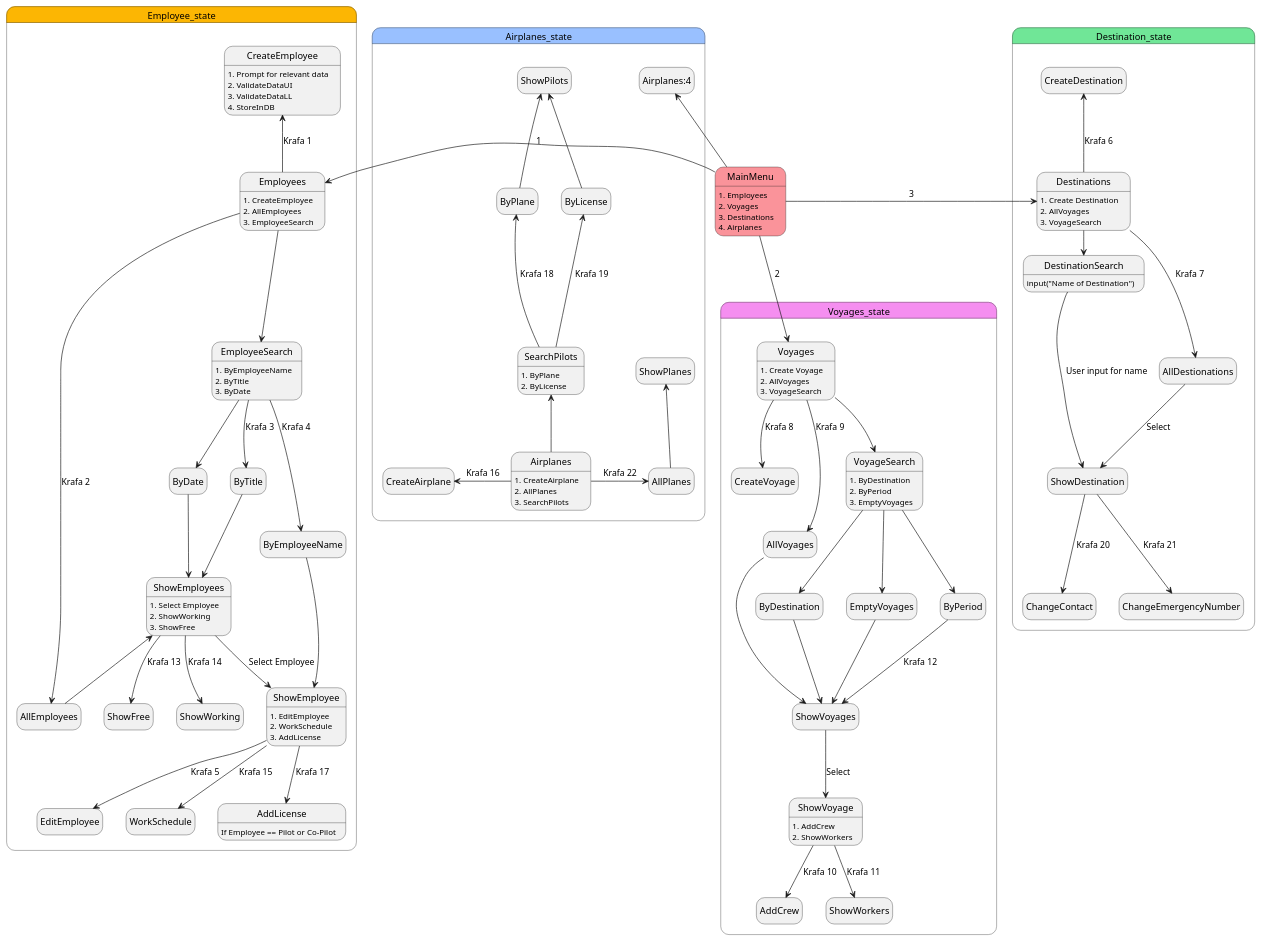
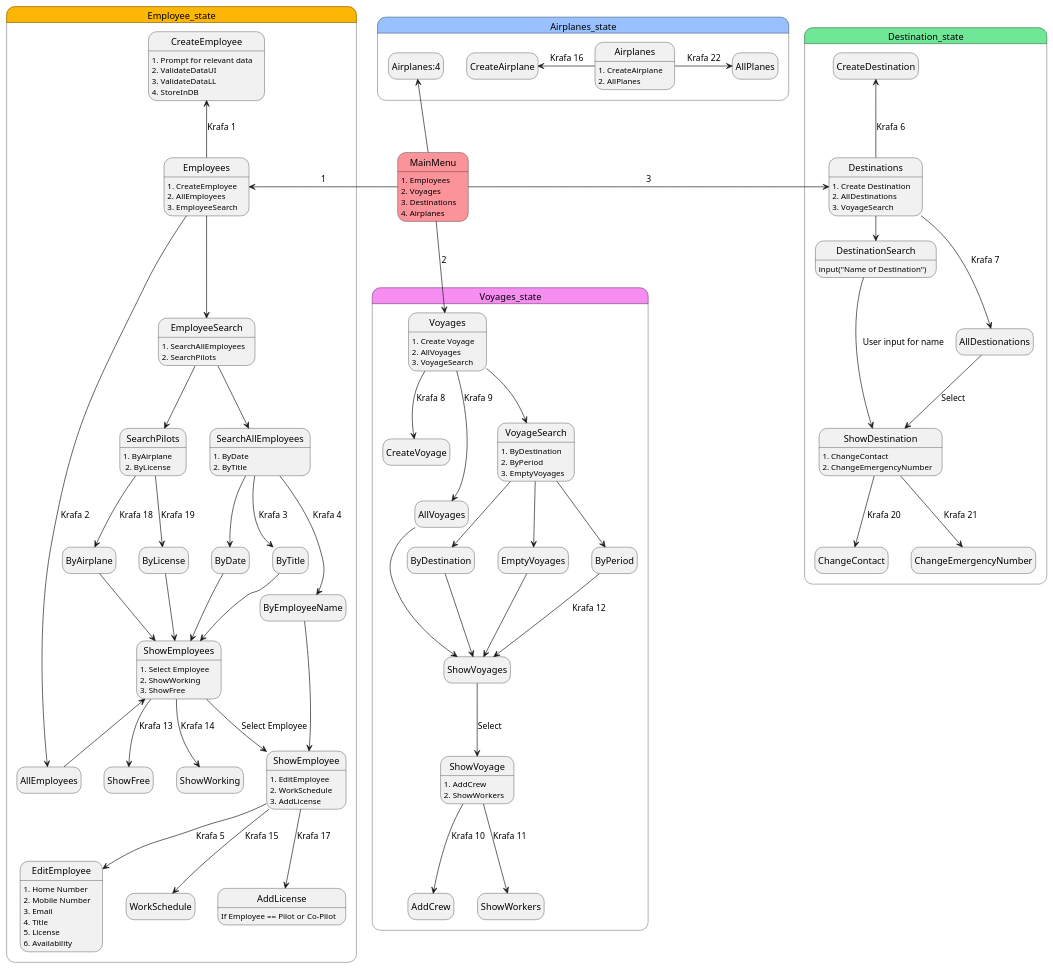
One commit to irmalexandra/vln1_chuck_nan changed the diagram in state_diagrams/UI_State_Diagram.puml. Above: the diagram before and after it, drawn with PlantUML.

Commit message:
"newstuff"

```diff
--- a/state_diagrams/UI_State_Diagram.puml
+++ b/state_diagrams/UI_State_Diagram.puml
@@ -1,86 +1,90 @@
 @startuml UI_states
 hide empty description
 MainMenu: 1. Employees \n2. Voyages \n3. Destinations \n4. Airplanes
 
 state Employee_state #fcb603{
 
     MainMenu #fa939a -Left-> Employees: 1
     Employees: 1. CreateEmployee \n2. AllEmployees \n3. EmployeeSearch
     Employees -up-> CreateEmployee: Krafa 1
     CreateEmployee: 1. Prompt for relevant data \n2. ValidateDataUI \n3. ValidateDataLL\n4. StoreInDB
     Employees -up-> AllEmployees: Krafa 2
     AllEmployees -up-> ShowEmployees
     Employees -down-> EmployeeSearch
-    EmployeeSearch: 1. ByEmployeeName\n2. ByTitle \n3. ByDate
-    EmployeeSearch --> ByTitle: Krafa 3
+    EmployeeSearch --> SearchPilots
+    SearchPilots: 1. ByAirplane\n 2. ByLicense
+    EmployeeSearch --> SearchAllEmployees
+    SearchAllEmployees: 1. ByDate\n2. ByTitle
+    EmployeeSearch: 1. SearchAllEmployees\n2. SearchPilots
+    SearchAllEmployees --> ByTitle: Krafa 3
     ByTitle --> ShowEmployees
     ShowEmployees: 1. Select Employee \n2. ShowWorking \n3. ShowFree
-    EmployeeSearch --> ByEmployeeName: Krafa 4
+    SearchAllEmployees --> ByEmployeeName: Krafa 4
     ByEmployeeName --> ShowEmployee
     ShowEmployee: 1. EditEmployee \n2. WorkSchedule\n3. AddLicense
     ShowEmployee --> EditEmployee: Krafa 5
+    EditEmployee: 1. Home Number \n2. Mobile Number \n3. Email \n4. Title \n5. License \n6. Availability
     ShowEmployee --> WorkSchedule: Krafa 15
-    EmployeeSearch --> ByDate
+    SearchAllEmployees --> ByDate
     ByDate --> ShowEmployees
+    SearchPilots --> ByAirplane: Krafa 18
+    SearchPilots --> ByLicense: Krafa 19
+    ByAirplane --> ShowEmployees
+    ByLicense --> ShowEmployees
     ShowEmployees --> ShowFree: Krafa 13
     ShowEmployees --> ShowWorking: Krafa 14
     ShowEmployees --> ShowEmployee: Select Employee
     ShowEmployee --> AddLicense: Krafa 17
     AddLicense: If Employee == Pilot or Co-Pilot
 
 }
 
 
 state Voyages_state #f58ef0{
     MainMenu -Down-> Voyages: 2
     Voyages: 1. Create Voyage \n2. AllVoyages \n3. VoyageSearch
     Voyages --> CreateVoyage: Krafa 8
     Voyages --> AllVoyages: Krafa 9
     AllVoyages --> ShowVoyages
     Voyages --> VoyageSearch
     VoyageSearch: 1. ByDestination \n2. ByPeriod \n3. EmptyVoyages
     VoyageSearch --> ByDestination
     VoyageSearch --> EmptyVoyages
     VoyageSearch --> ByPeriod
     ByDestination --> ShowVoyages
 
     EmptyVoyages --> ShowVoyages
     ByPeriod --> ShowVoyages: Krafa 12
     ShowVoyages --> ShowVoyage: Select
     ShowVoyage: 1. AddCrew \n2. ShowWorkers
     ShowVoyage --> AddCrew: Krafa 10
     ShowVoyage --> ShowWorkers: Krafa 11
 
 }
 
 state Destination_state #70e697{
     MainMenu -Right-> Destinations: 3
-    Destinations:1. Create Destination \n2. AllVoyages \n3. VoyageSearch
+    Destinations:1. Create Destination \n2. AllDestinations \n3. VoyageSearch
     Destinations -up-> CreateDestination: Krafa 6
     Destinations -down-> AllDestionations: Krafa 7
     AllDestionations --> ShowDestination: Select
     Destinations -right-> DestinationSearch
     DestinationSearch: input("Name of Destination")
     DestinationSearch --> ShowDestination: User input for name
+    ShowDestination: 1. ChangeContact \n2. ChangeEmergencyNumber
     ShowDestination --> ChangeContact: Krafa 20
     ShowDestination --> ChangeEmergencyNumber: Krafa 21
 
 }
 
 state Airplanes_state #99c0ff{
     MainMenu -up-> Airplanes:4 
-    Airplanes: 1. CreateAirplane \n2. AllPlanes \n3. SearchPilots
+    Airplanes: 1. CreateAirplane \n2. AllPlanes
     Airplanes -left-> CreateAirplane: Krafa 16
     Airplanes -right-> AllPlanes: Krafa 22
-    Airplanes -up-> SearchPilots
-    SearchPilots: 1. ByPlane \n2. ByLicense
-    SearchPilots -up-> ByLicense: Krafa 19
-    SearchPilots -up-> ByPlane: Krafa 18
-    ByPlane -up-> ShowPilots
-    ByLicense -up-> ShowPilots
-    AllPlanes -up-> ShowPlanes
+    
     
 
 }
 
 @enduml
```
